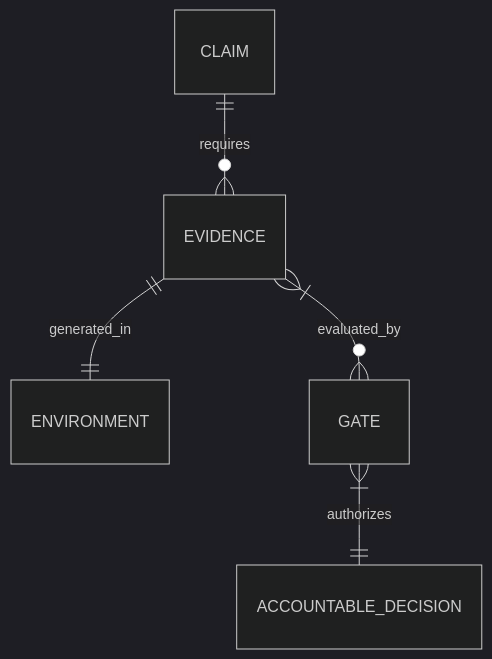
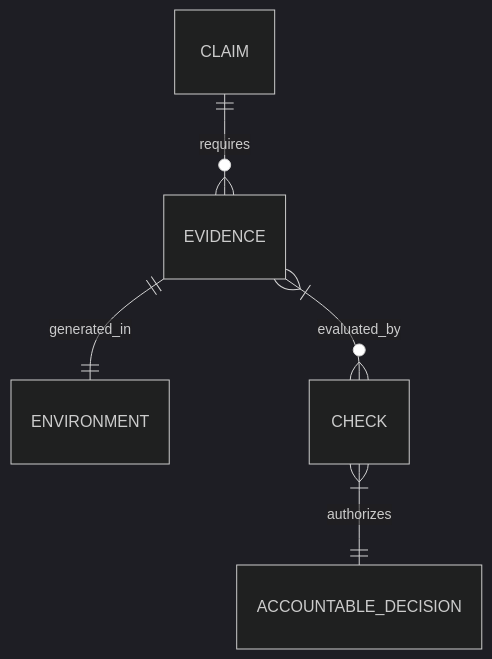
The diagram in book/appendices/appendix-b-design-loop-card/index.qmd (harvard-edge/architecture20), drawn with Mermaid (dark theme) before and after one commit. The commit also changed other lines of this file and 13 other files, not shown here.

````diff
--- a/book/appendices/appendix-b-design-loop-card/index.qmd
+++ b/book/appendices/appendix-b-design-loop-card/index.qmd
@@ -150,7 +150,7 @@
 ```mermaid
 erDiagram
     CLAIM ||--o{ EVIDENCE : requires
     EVIDENCE ||--|| ENVIRONMENT : generated_in
-    EVIDENCE }|--o{ GATE : evaluated_by
-    GATE }|--|| ACCOUNTABLE_DECISION : authorizes
+    EVIDENCE }|--o{ CHECK : evaluated_by
+    CHECK }|--|| ACCOUNTABLE_DECISION : authorizes
 ```
````
